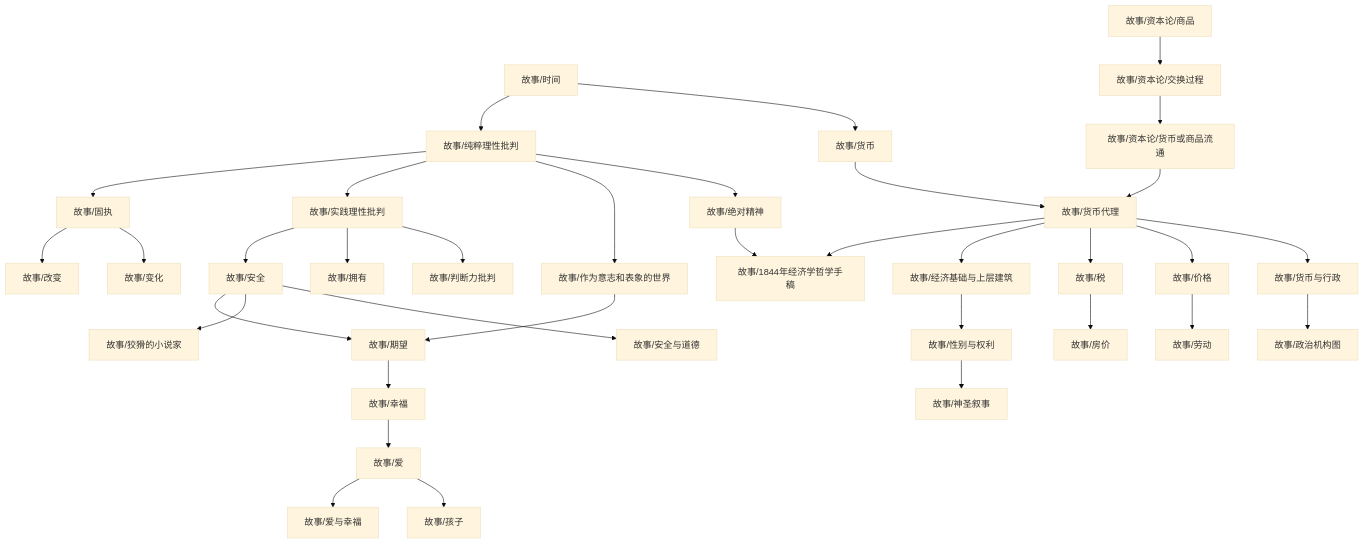
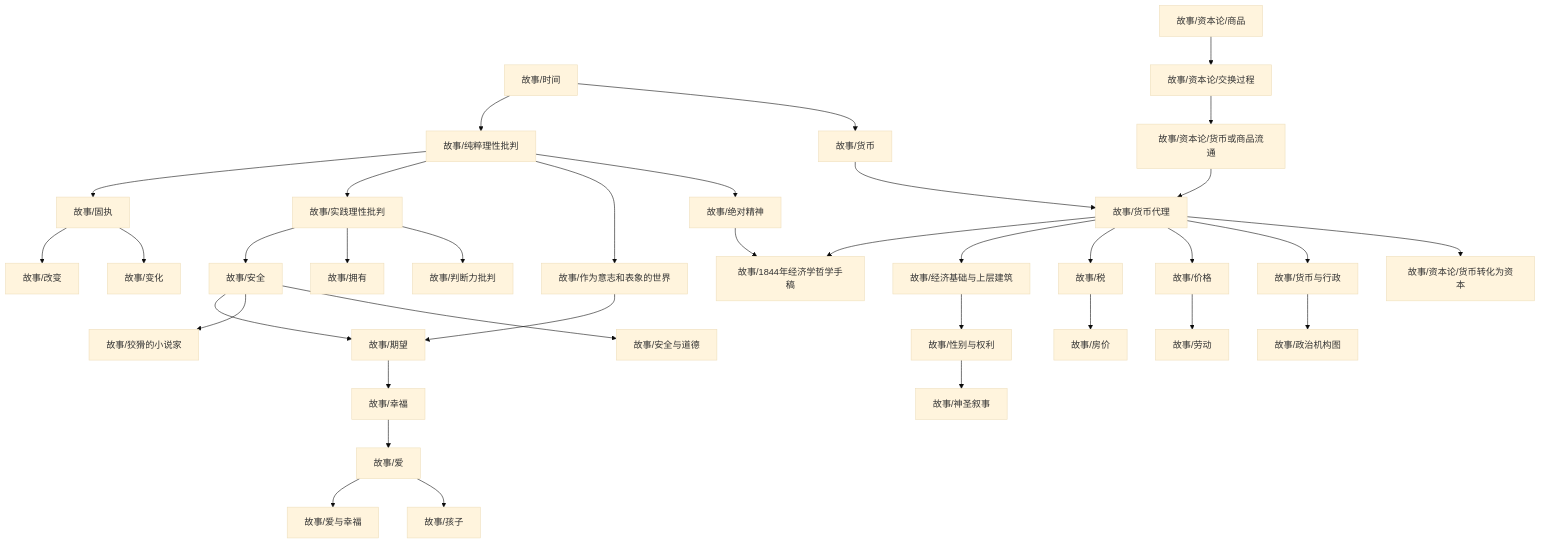
The diagram in content/故事/dependency_graph.md (zengls3186428803/zengls3186428803.github.io), drawn with Mermaid (base theme) before and after one commit. The commit also changed 2 other files, not shown here.

````diff
--- a/content/故事/dependency_graph.md
+++ b/content/故事/dependency_graph.md
@@ -1,37 +1,38 @@
 ```mermaid
 graph TD
 1["故事/纯粹理性批判"] --> 0["故事/固执"]
 3["故事/经济基础与上层建筑"] --> 2["故事/性别与权利"]
 0["故事/固执"] --> 4["故事/改变"]
 6["故事/货币代理"] --> 5["故事/1844年经济学哲学手稿"]
 7["故事/绝对精神"] --> 5["故事/1844年经济学哲学手稿"]
 9["故事/作为意志和表象的世界"] --> 8["故事/期望"]
 10["故事/安全"] --> 8["故事/期望"]
 10["故事/安全"] --> 11["故事/狡猾的小说家"]
 1["故事/纯粹理性批判"] --> 12["故事/实践理性批判"]
 13["故事/时间"] --> 1["故事/纯粹理性批判"]
 12["故事/实践理性批判"] --> 10["故事/安全"]
 6["故事/货币代理"] --> 3["故事/经济基础与上层建筑"]
 12["故事/实践理性批判"] --> 14["故事/拥有"]
 6["故事/货币代理"] --> 15["故事/税"]
 15["故事/税"] --> 16["故事/房价"]
 18["故事/货币与行政"] --> 17["故事/政治机构图"]
 0["故事/固执"] --> 19["故事/变化"]
 21["故事/幸福"] --> 20["故事/爱"]
 6["故事/货币代理"] --> 22["故事/价格"]
 23["故事/货币"] --> 6["故事/货币代理"]
 24["故事/资本论/货币或商品流通"] --> 6["故事/货币代理"]
 1["故事/纯粹理性批判"] --> 9["故事/作为意志和表象的世界"]
 1["故事/纯粹理性批判"] --> 7["故事/绝对精神"]
 6["故事/货币代理"] --> 18["故事/货币与行政"]
 10["故事/安全"] --> 26["故事/安全与道德"]
 2["故事/性别与权利"] --> 27["故事/神圣叙事"]
 20["故事/爱"] --> 28["故事/爱与幸福"]
 13["故事/时间"] --> 23["故事/货币"]
 20["故事/爱"] --> 29["故事/孩子"]
 22["故事/价格"] --> 30["故事/劳动"]
 12["故事/实践理性批判"] --> 31["故事/判断力批判"]
 8["故事/期望"] --> 21["故事/幸福"]
 32["故事/资本论/交换过程"] --> 24["故事/资本论/货币或商品流通"]
-33["故事/资本论/商品"] --> 32["故事/资本论/交换过程"]
+6["故事/货币代理"] --> 33["故事/资本论/货币转化为资本"]
+34["故事/资本论/商品"] --> 32["故事/资本论/交换过程"]
 ```
````
